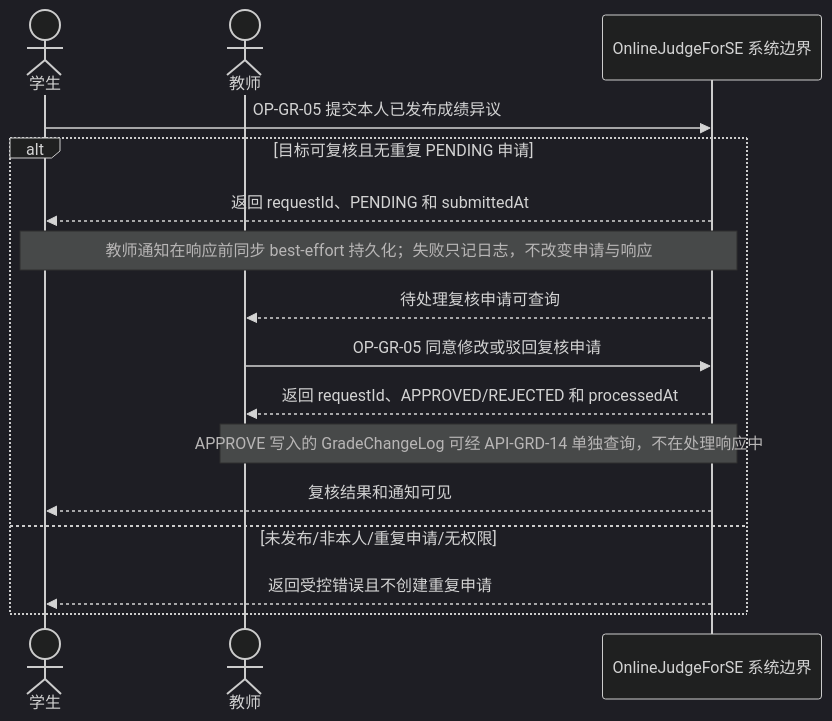
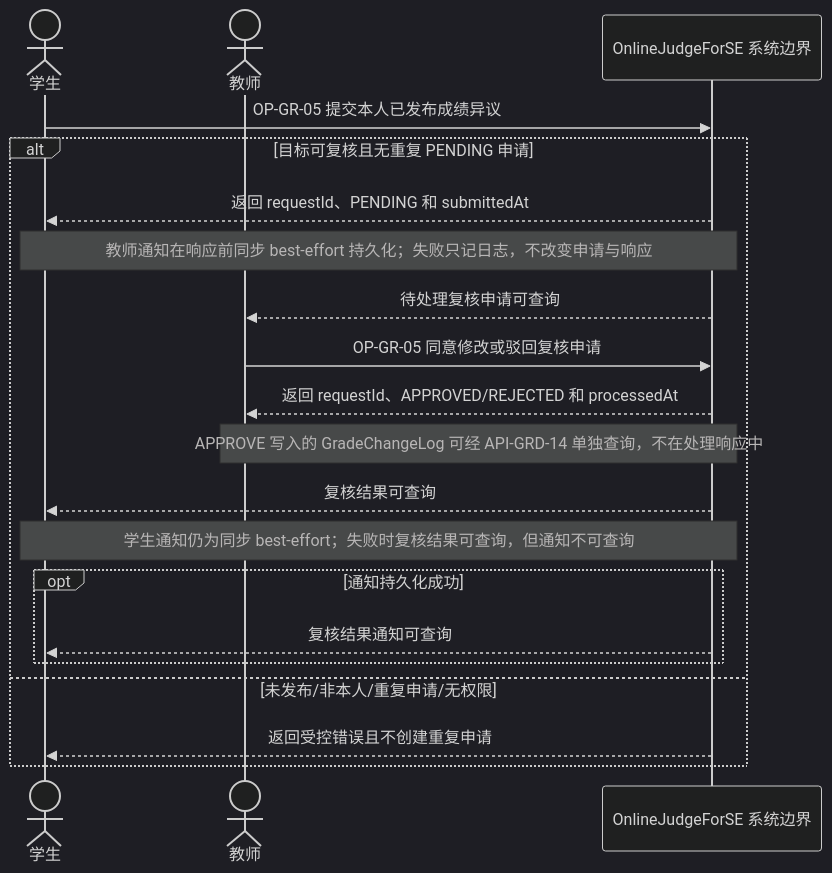
The diagram in docs/diagrams/srs/fig_4_22_grade_review_ssd.mmd (Cr4zyorange/OnlineJudge), drawn with Mermaid (dark theme) before and after one commit. The commit also changed 5 other files, not shown here.

```diff
--- a/docs/diagrams/srs/fig_4_22_grade_review_ssd.mmd
+++ b/docs/diagrams/srs/fig_4_22_grade_review_ssd.mmd
@@ -1,16 +1,20 @@
 sequenceDiagram
   actor Student as 学生
   actor Teacher as 教师
   participant System as OnlineJudgeForSE 系统边界
   Student->>System: OP-GR-05 提交本人已发布成绩异议
   alt 目标可复核且无重复 PENDING 申请
     System-->>Student: 返回 requestId、PENDING 和 submittedAt
     Note over Student,System: 教师通知在响应前同步 best-effort 持久化；失败只记日志，不改变申请与响应
     System-->>Teacher: 待处理复核申请可查询
     Teacher->>System: OP-GR-05 同意修改或驳回复核申请
     System-->>Teacher: 返回 requestId、APPROVED/REJECTED 和 processedAt
     Note over Teacher,System: APPROVE 写入的 GradeChangeLog 可经 API-GRD-14 单独查询，不在处理响应中
-    System-->>Student: 复核结果和通知可见
+    System-->>Student: 复核结果可查询
+    Note over Student,System: 学生通知仍为同步 best-effort；失败时复核结果可查询，但通知不可查询
+    opt 通知持久化成功
+      System-->>Student: 复核结果通知可查询
+    end
   else 未发布/非本人/重复申请/无权限
     System-->>Student: 返回受控错误且不创建重复申请
   end
```
